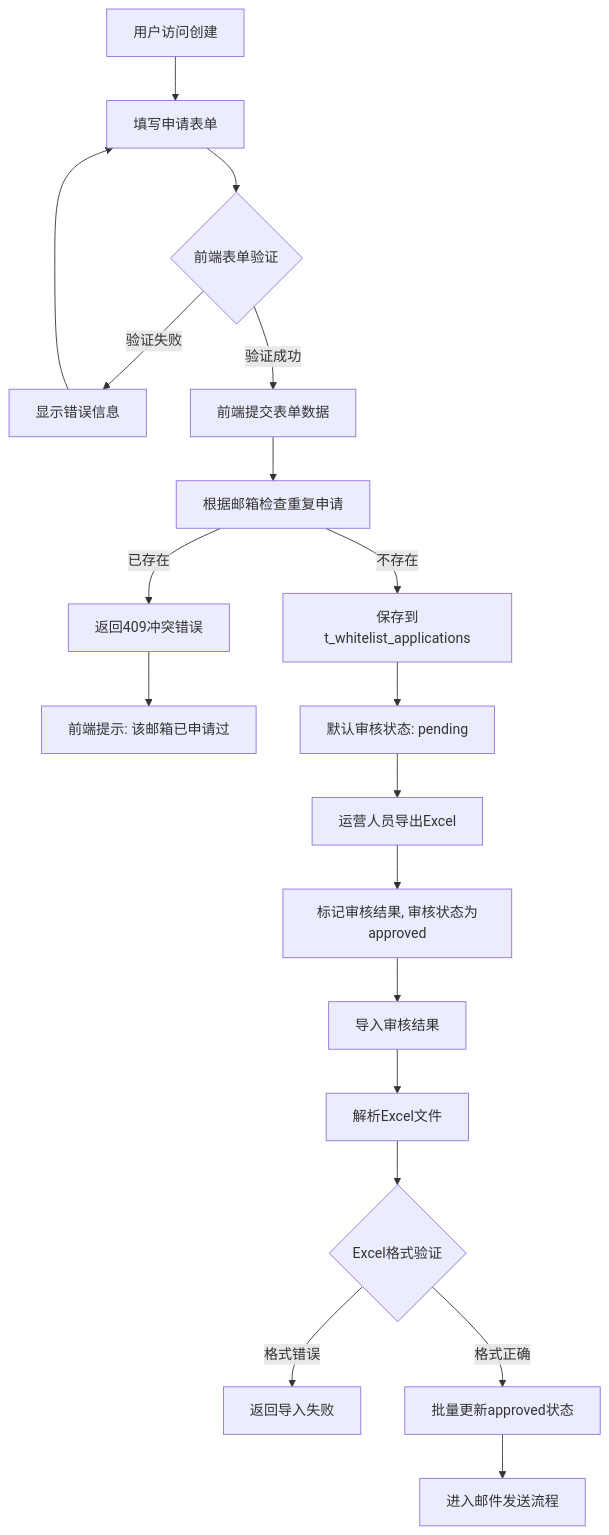
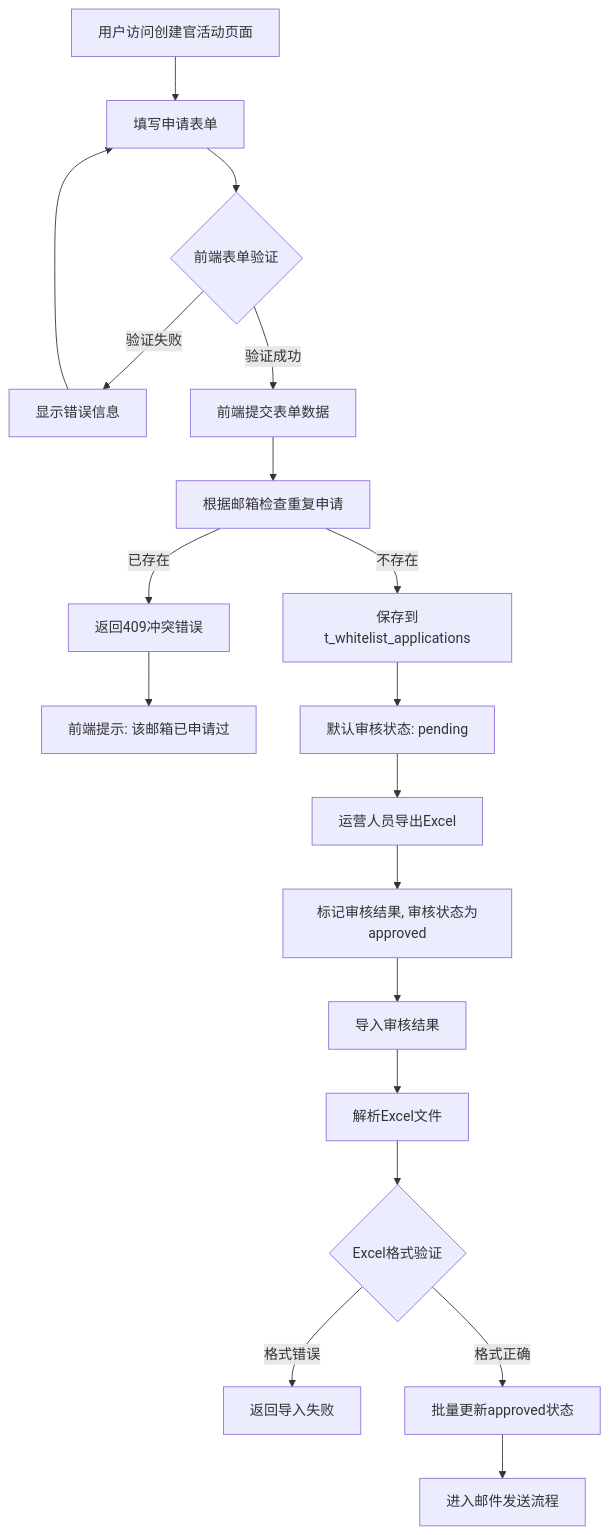
Before and after one commit to yingjianzh/iodraw-files: the diagram in all/未命名-72.md, drawn with Mermaid.

Commit message:
2025-07-03 18:11:25 update

````diff
--- a/all/未命名-72.md
+++ b/all/未命名-72.md
@@ -1,24 +1,24 @@
 ```mermaid
 
 flowchart TD
-    A[用户访问创建] --> B[填写申请表单]
+    A[用户访问创建官活动页面] --> B[填写申请表单]
     B --> C{前端表单验证}
     C -->|验证失败| D[显示错误信息]
     D --> B
     C -->|验证成功| E[前端提交表单数据]
     E --> F[根据邮箱检查重复申请]
     F -->|已存在| G[返回409冲突错误]
     G --> H[前端提示: 该邮箱已申请过]
     F -->|不存在| I[保存到t_whitelist_applications]
     I --> K[默认审核状态: pending]
     
     K --> P[运营人员导出Excel]
     P --> S[标记审核结果, 审核状态为approved]
     S --> T[导入审核结果]
     T --> T2[解析Excel文件]
     T2 --> T3{Excel格式验证}
     T3 -->|格式错误| T4[返回导入失败]
     T3 -->|格式正确| U[批量更新approved状态]
     U --> V[进入邮件发送流程]
 
 ```
````
